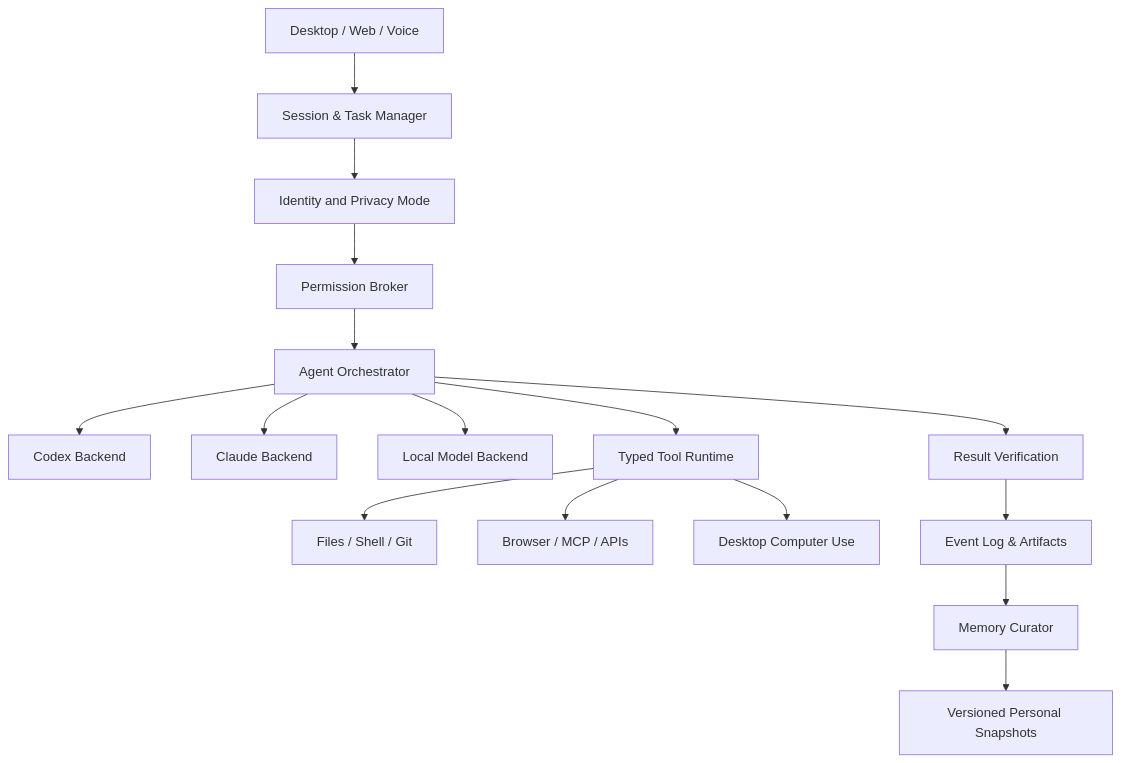
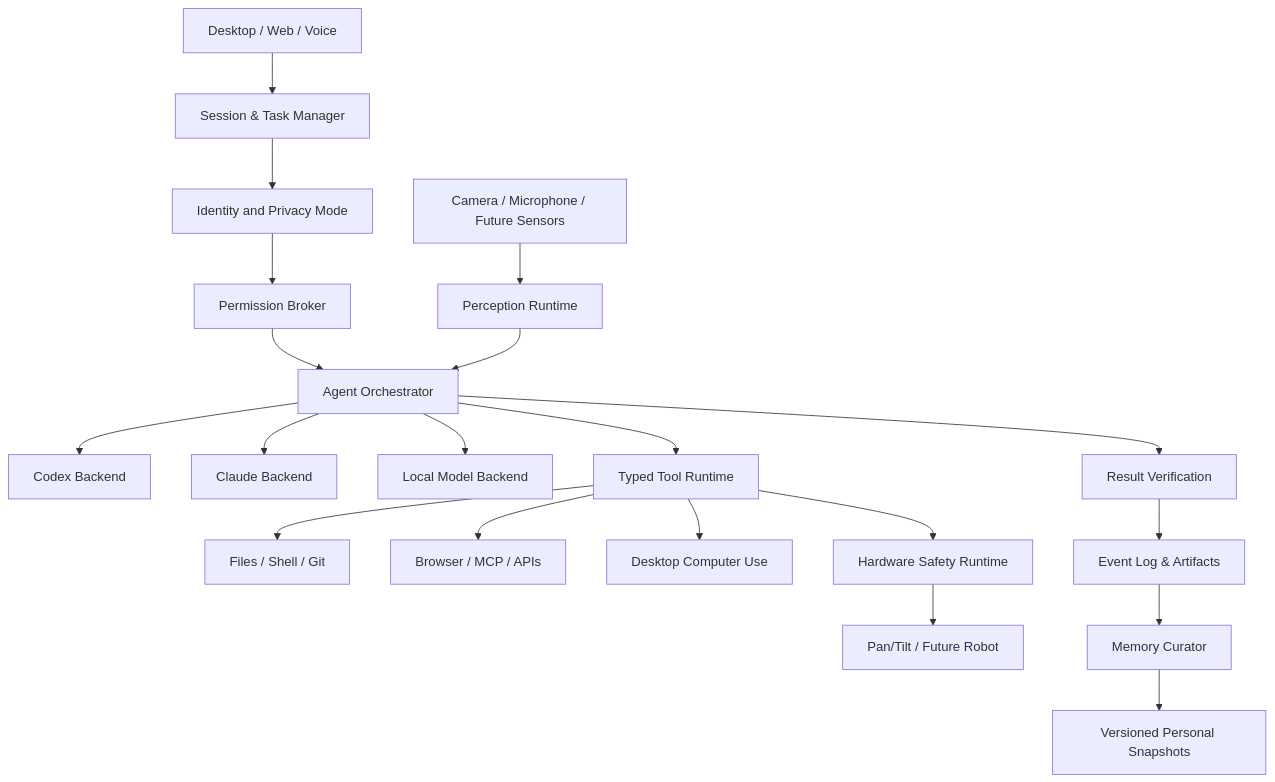
Before and after one commit to MyFirstProd/PAIStation: the diagram in README.md, drawn with Mermaid. The commit also changed other lines of this file, not shown here.

Commit message:
docs: add embodied vision and robot-ready architecture

````diff
--- a/README.md
+++ b/README.md
@@ -43,21 +48,26 @@
 ```mermaid
 flowchart TD
     UI[Desktop / Web / Voice] --> SESSION[Session & Task Manager]
     SESSION --> MODE[Identity and Privacy Mode]
     MODE --> POLICY[Permission Broker]
     POLICY --> ORCH[Agent Orchestrator]
 
     ORCH --> CODEX[Codex Backend]
     ORCH --> CLAUDE[Claude Backend]
     ORCH --> LOCAL[Local Model Backend]
     ORCH --> TOOLS[Typed Tool Runtime]
 
+    SENSORS[Camera / Microphone / Future Sensors] --> PERCEPTION[Perception Runtime]
+    PERCEPTION --> ORCH
+
     TOOLS --> FS[Files / Shell / Git]
     TOOLS --> WEB[Browser / MCP / APIs]
     TOOLS --> PC[Desktop Computer Use]
+    TOOLS --> HWSAFE[Hardware Safety Runtime]
+    HWSAFE --> BODY[Pan/Tilt / Future Robot]
 
     ORCH --> VERIFY[Result Verification]
     VERIFY --> EVENTS[Event Log & Artifacts]
     EVENTS --> MEMORY[Memory Curator]
     MEMORY --> SNAPSHOTS[Versioned Personal Snapshots]
 ```
````
